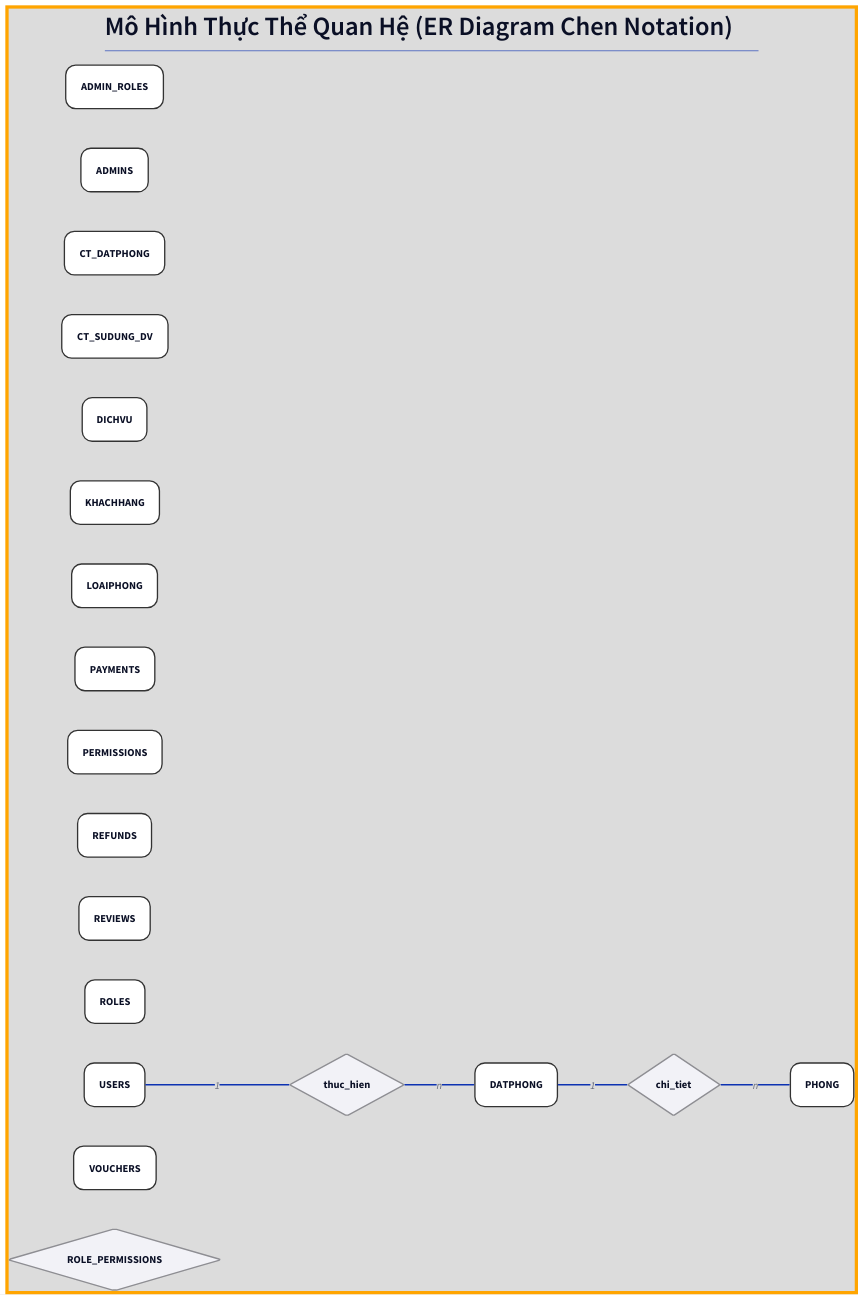
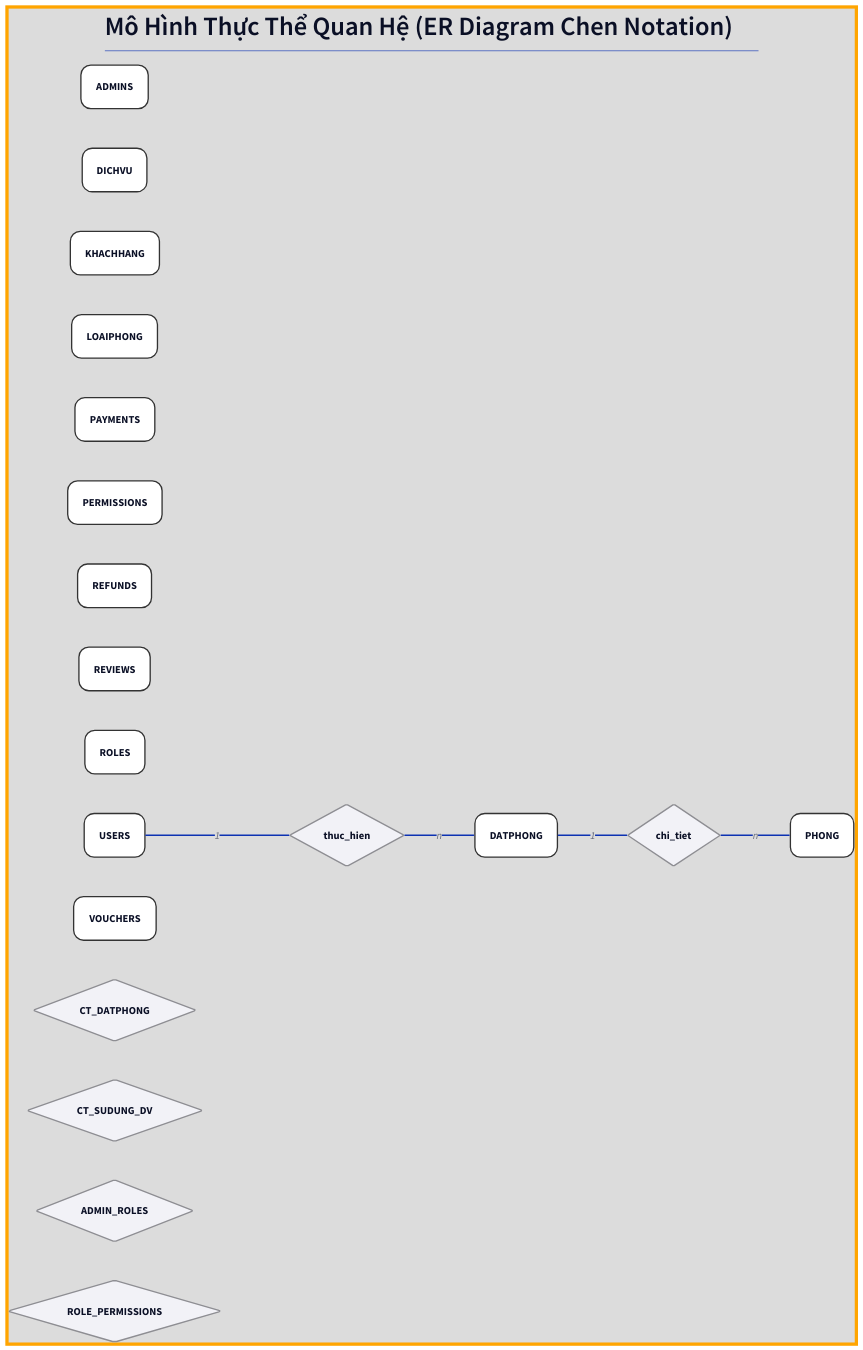
Before and after one commit to sam-uit/ie103-project-report: the diagram in report/content/diagrams/er.d2, drawn with D2.

```diff
--- a/report/content/diagrams/er.d2
+++ b/report/content/diagrams/er.d2
@@ -70,10 +70,7 @@
 
 # --- 2. DATA MODEL ---
 
-ADMIN_ROLES: {class: entity}
 ADMINS: {class: entity}
-CT_DATPHONG: {class: entity}
-CT_SUDUNG_DV: {class: entity}
 DATPHONG: {class: entity}
 DICHVU: {class: entity}
 KHACHHANG: {class: entity}
@@ -87,6 +84,9 @@
 USERS: {class: entity}
 VOUCHERS: {class: entity}
 
+CT_DATPHONG: {class: rel}
+CT_SUDUNG_DV: {class: rel}
+ADMIN_ROLES: {class: rel}
 ROLE_PERMISSIONS: {class: rel}
 thuc_hien: {class: rel}
 chi_tiet: {class: rel}
```
